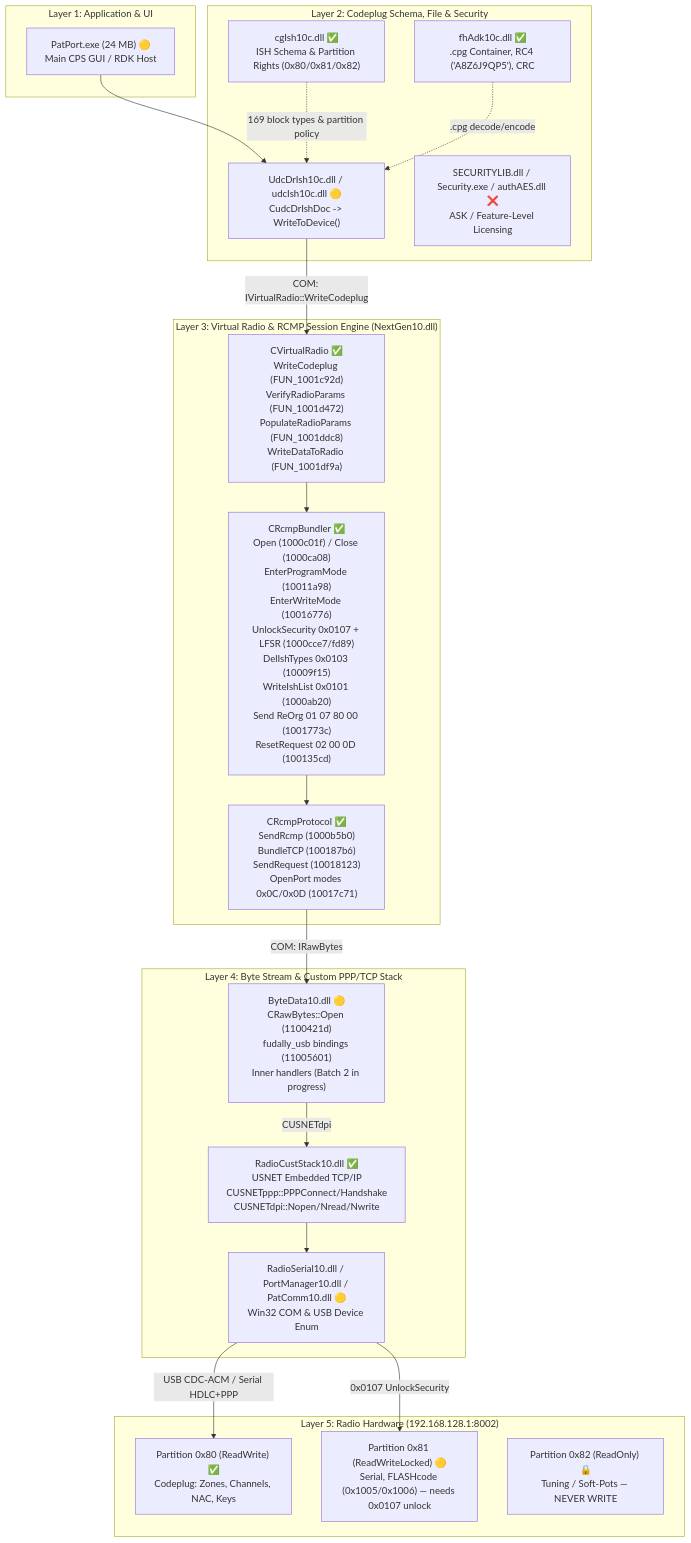
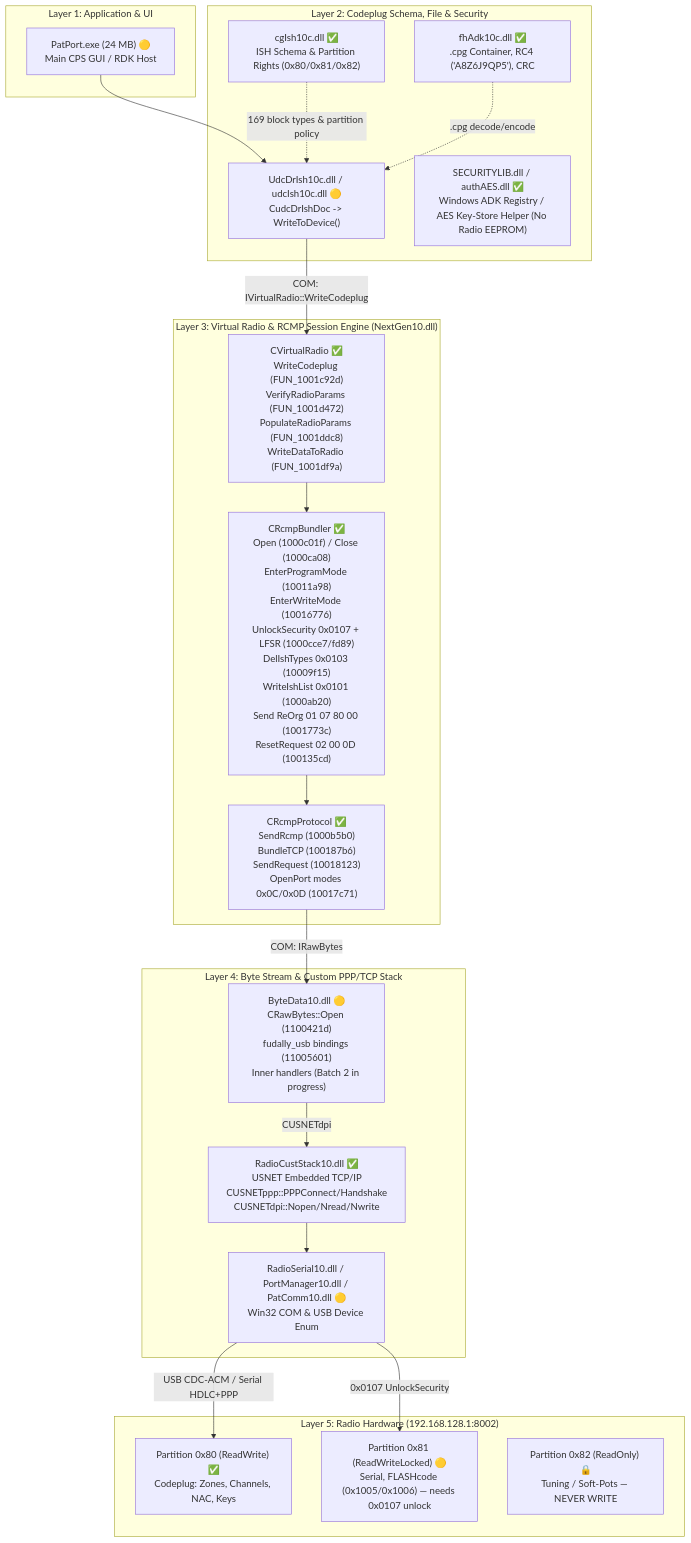
The first of 2 diagrams in docs/re/ASTRO25_DECOMPILATION_STATUS_MAP.md (RivasMario/open-astro-cps), drawn with Mermaid before and after one commit. The commit also changed other lines of this file and 7 other files, not shown here.

Commit message:
RE Batch 6 (SECURITYLIB/authAES) + Rust safety gates, serial_ppp, and live codeplug web UI

````diff
--- a/docs/re/ASTRO25_DECOMPILATION_STATUS_MAP.md
+++ b/docs/re/ASTRO25_DECOMPILATION_STATUS_MAP.md
@@ -9,41 +9,41 @@
 ```mermaid
 flowchart TB
     subgraph L1["Layer 1: Application & UI"]
         PAT["PatPort.exe (24 MB) 🟡\nMain CPS GUI / RDK Host"]
     end
 
     subgraph L2["Layer 2: Codeplug Schema, File & Security"]
         CG["cgIsh10c.dll ✅\nISH Schema & Partition Rights (0x80/0x81/0x82)"]
         FH["fhAdk10c.dll ✅\n.cpg Container, RC4 ('A8Z6J9QP5'), CRC"]
         UDC["UdcDrIsh10c.dll / udcIsh10c.dll 🟡\nCudcDrIshDoc -> WriteToDevice()"]
-        SEC["SECURITYLIB.dll / Security.exe / authAES.dll ❌\nASK / Feature-Level Licensing"]
+        SEC["SECURITYLIB.dll / authAES.dll ✅\nWindows ADK Registry / AES Key-Store Helper (No Radio EEPROM)"]
     end
 
     subgraph L3["Layer 3: Virtual Radio & RCMP Session Engine (NextGen10.dll)"]
         VR["CVirtualRadio ✅\nWriteCodeplug (FUN_1001c92d)\nVerifyRadioParams (FUN_1001d472)\nPopulateRadioParams (FUN_1001ddc8)\nWriteDataToRadio (FUN_1001df9a)"]
         BUND["CRcmpBundler ✅\nOpen (1000c01f) / Close (1000ca08)\nEnterProgramMode (10011a98)\nEnterWriteMode (10016776)\nUnlockSecurity 0x0107 + LFSR (1000cce7/fd89)\nDelIshTypes 0x0103 (10009f15)\nWriteIshList 0x0101 (1000ab20)\nSend ReOrg 01 07 80 00 (1001773c)\nResetRequest 02 00 0D (100135cd)"]
         PROTO["CRcmpProtocol ✅\nSendRcmp (1000b5b0)\nBundleTCP (100187b6)\nSendRequest (10018123)\nOpenPort modes 0x0C/0x0D (10017c71)"]
     end
 
     subgraph L4["Layer 4: Byte Stream & Custom PPP/TCP Stack"]
         BD["ByteData10.dll 🟡\nCRawBytes::Open (1100421d)\nfudally_usb bindings (11005601)\nInner handlers (Batch 2 in progress)"]
         RCS["RadioCustStack10.dll ✅\nUSNET Embedded TCP/IP\nCUSNETppp::PPPConnect/Handshake\nCUSNETdpi::Nopen/Nread/Nwrite"]
         SER["RadioSerial10.dll / PortManager10.dll / PatComm10.dll 🟡\nWin32 COM & USB Device Enum"]
     end
 
     subgraph L5["Layer 5: Radio Hardware (192.168.128.1:8002)"]
         P80["Partition 0x80 (ReadWrite) ✅\nCodeplug: Zones, Channels, NAC, Keys"]
         P81["Partition 0x81 (ReadWriteLocked) 🟡\nSerial, FLASHcode (0x1005/0x1006) — needs 0x0107 unlock"]
         P82["Partition 0x82 (ReadOnly) 🔒\nTuning / Soft-Pots — NEVER WRITE"]
     end
 
     PAT --> UDC
     UDC -->|"COM: IVirtualRadio::WriteCodeplug"| VR
     CG -.->|"169 block types & partition policy"| UDC
     FH -.->|".cpg decode/encode"| UDC
     VR --> BUND --> PROTO
     PROTO -->|"COM: IRawBytes"| BD
     BD -->|"CUSNETdpi"| RCS --> SER
     SER -->|"USB CDC-ACM / Serial HDLC+PPP"| P80
     SER -->|"0x0107 UnlockSecurity"| P81
 ```
````
